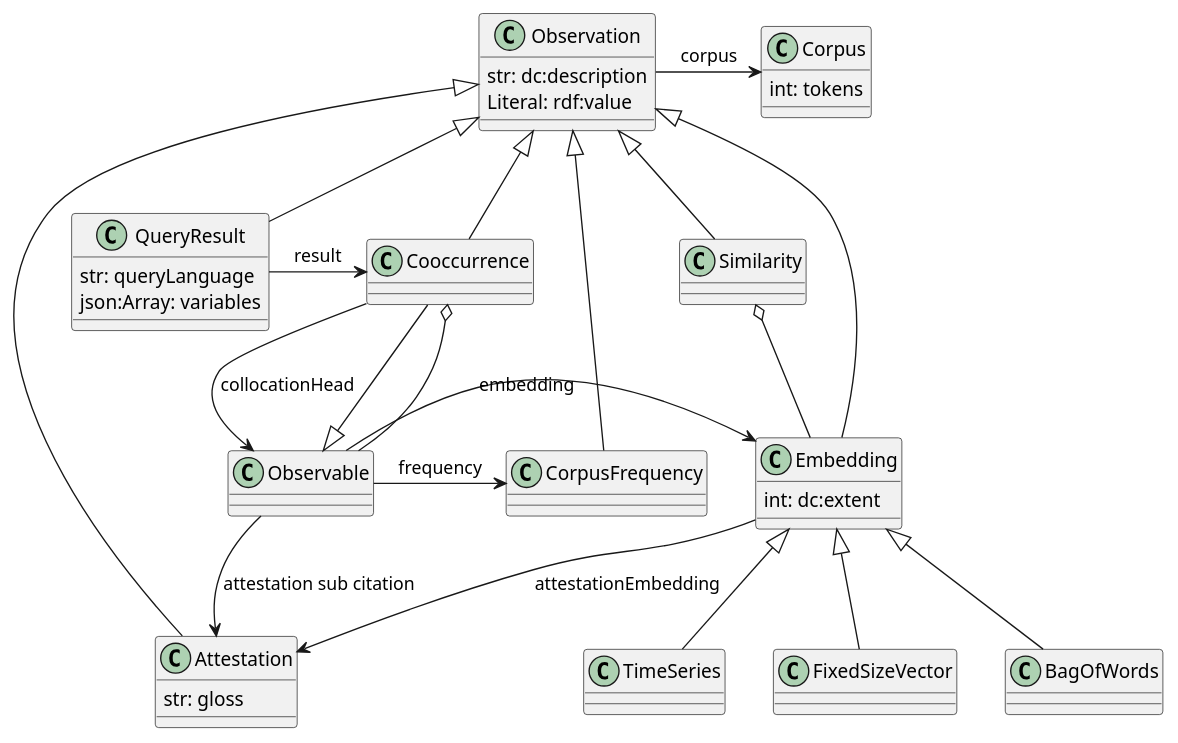
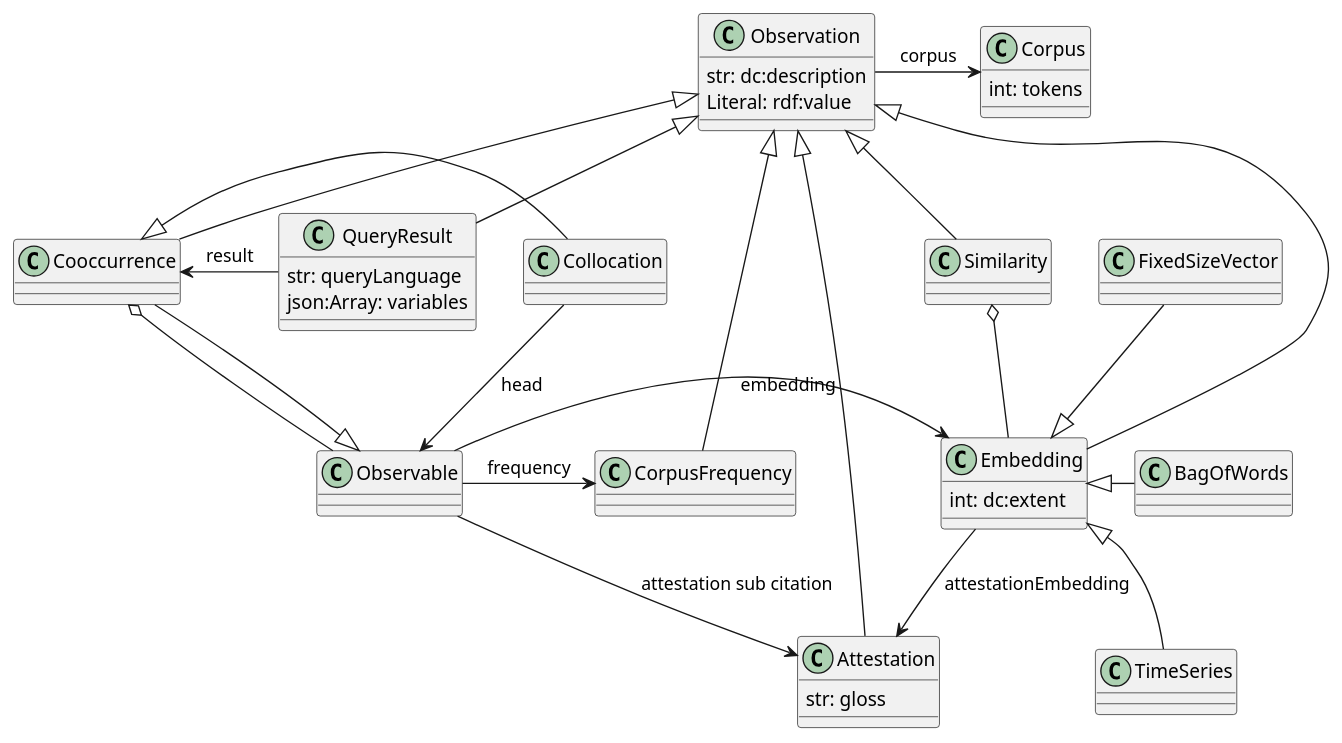
One commit to ontolex/frequency-attestation-corpus-information changed the diagram in img/diagram-with-query.puml. Above: the diagram before and after it, drawn with PlantUML.

```diff
--- a/img/diagram-with-query.puml
+++ b/img/diagram-with-query.puml
@@ -1,61 +1,64 @@
 @startuml
 
 class Observation {
   str: dc:description
   Literal: rdf:value
 }
 
 Observation -> Corpus: corpus
 
 QueryResult -up-|> Observation
 QueryResult -> Cooccurrence: result
 
 Cooccurrence -[hidden]> QueryResult
 
-
 Cooccurrence -up-|> Observation
 Similarity -up-|> Observation
 CorpusFrequency -up-|> Observation
 Attestation -up-|> Observation
 Embedding -up-|> Observation
 
 Cooccurrence o-down- Observable
+
+Collocation -|> Cooccurrence
+
+
 
 Embedding -down-> Attestation: attestationEmbedding
 
 Observable -> Embedding: embedding
 Observable -> CorpusFrequency: frequency
 Observable -> Attestation: attestation sub citation
 
 class Embedding {
  int: dc:extent
 }
 
-FixedSizeVector -up-|> Embedding
-BagOfWords -up-|> Embedding
+FixedSizeVector -down-|> Embedding
+BagOfWords -left-|> Embedding
 TimeSeries -up-|> Embedding
 
 Similarity o-down- Embedding
 
 class CorpusFrequency {
 }
 
 class Attestation {
   str: gloss
 }
 
 class Corpus {
   int: tokens
 }
 
 
-Cooccurrence -down-> Observable: collocationHead
+Collocation -down-> Observable: head
 Cooccurrence -down-|> Observable
 
 class QueryResult {
   str: queryLanguage
   json:Array: variables
 }
 
 
 @enduml
```
